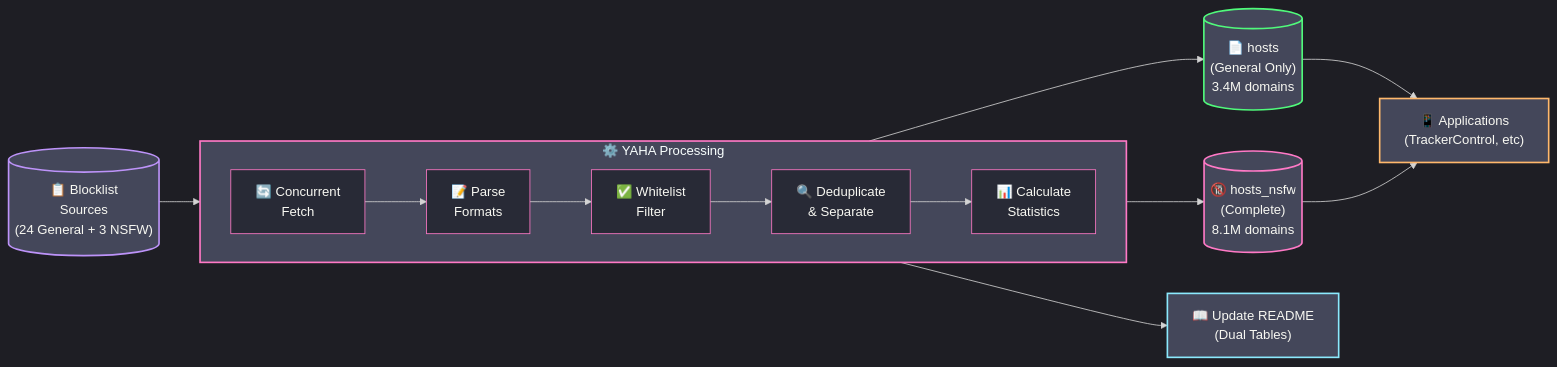
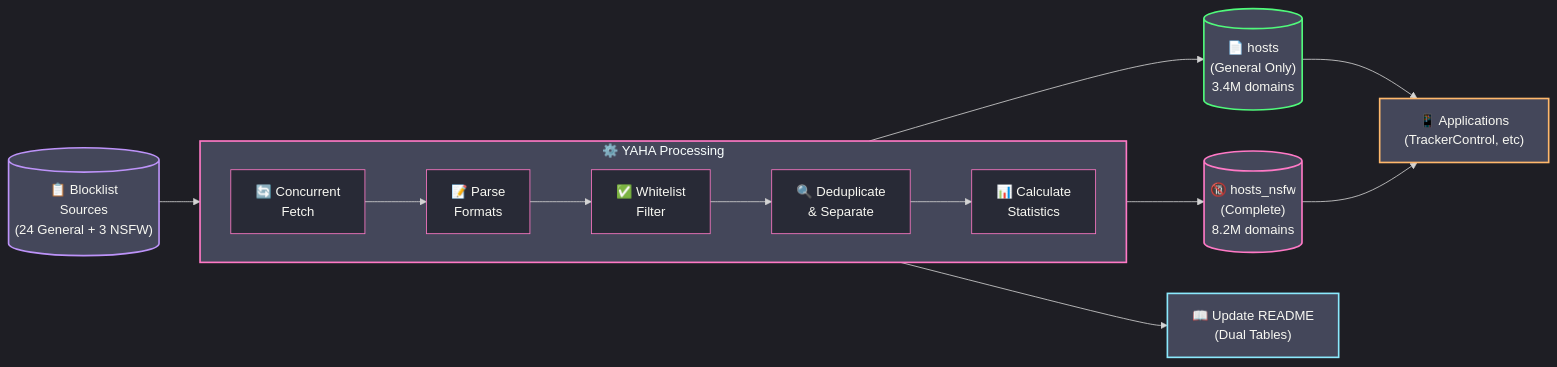
The diagram in README.md (scottdraper8/yaha), drawn with Mermaid before and after one commit. The commit also changed other lines of this file, not shown here.

Commit message:
Update blocklist stats: 3362119 general / 8178499 with NSFW [automated]

````diff
--- a/README.md
+++ b/README.md
@@ -42,36 +42,36 @@
 ```mermaid
 %%{init: {'theme': 'dark', 'themeVariables': {
     'primaryColor': '#ff79c6',
     'secondaryColor': '#bd93f9',
     'tertiaryColor': '#44475a',
     'mainBkg': '#282a36',
     'nodeBorder': '#ff79c6',
     'clusterBkg': '#44475a',
     'clusterBorder': '#bd93f9',
     'textColor': '#f8f8f2'
 }}}%%
 flowchart LR
     Sources[("📋 Blocklist<br/>Sources<br/>(24 General + 3 NSFW)")] --> Fetch
 
     subgraph Process["⚙️ YAHA Processing"]
         direction LR
         Fetch["🔄 Concurrent<br/>Fetch"] --> Parse["📝 Parse<br/>Formats"]
         Parse --> Filter["✅ Whitelist<br/>Filter"]
         Filter --> Dedupe["🔍 Deduplicate<br/>& Separate"]
         Dedupe --> Stats["📊 Calculate<br/>Statistics"]
     end
 
     Stats --> Output1[("📄 hosts<br/>(General Only)<br/>3.4M domains")]
-    Stats --> Output2[("🔞 hosts_nsfw<br/>(Complete)<br/>8.1M domains")]
+    Stats --> Output2[("🔞 hosts_nsfw<br/>(Complete)<br/>8.2M domains")]
     Stats --> README["📖 Update README<br/>(Dual Tables)"]
 
     Output1 --> Apps["📱 Applications<br/>(TrackerControl, etc)"]
     Output2 --> Apps
 
     style Sources fill:#44475a,stroke:#bd93f9,stroke-width:2px
     style Process fill:#44475a,stroke:#ff79c6,stroke-width:2px
     style Output1 fill:#44475a,stroke:#50fa7b,stroke-width:2px
     style Output2 fill:#44475a,stroke:#ff79c6,stroke-width:2px
     style README fill:#44475a,stroke:#8be9fd,stroke-width:2px
     style Apps fill:#44475a,stroke:#ffb86c,stroke-width:2px
 ```
````
